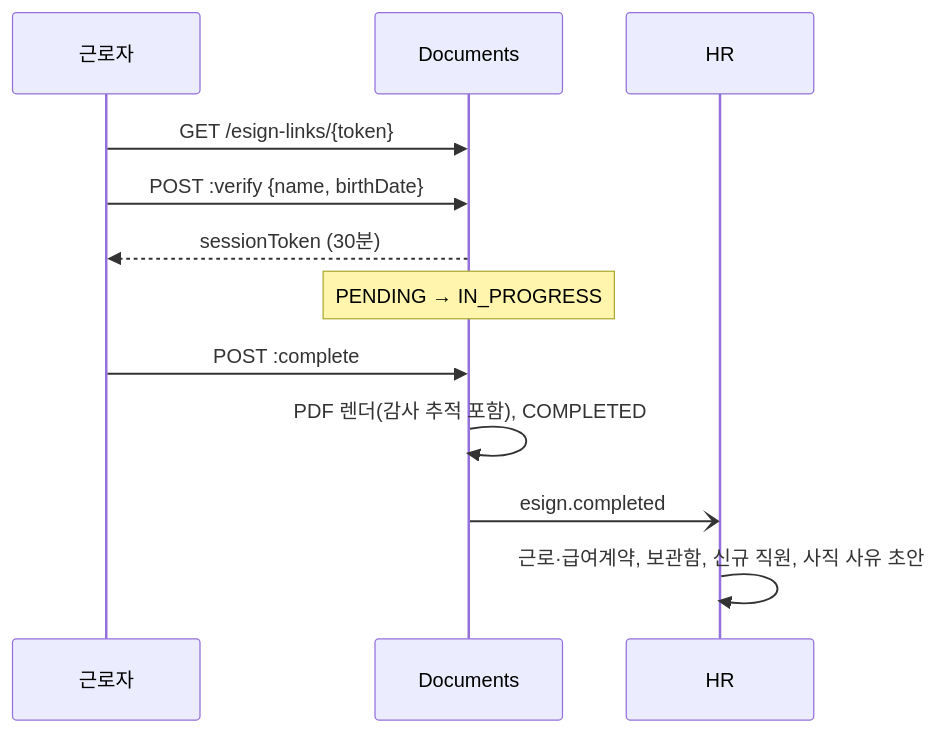
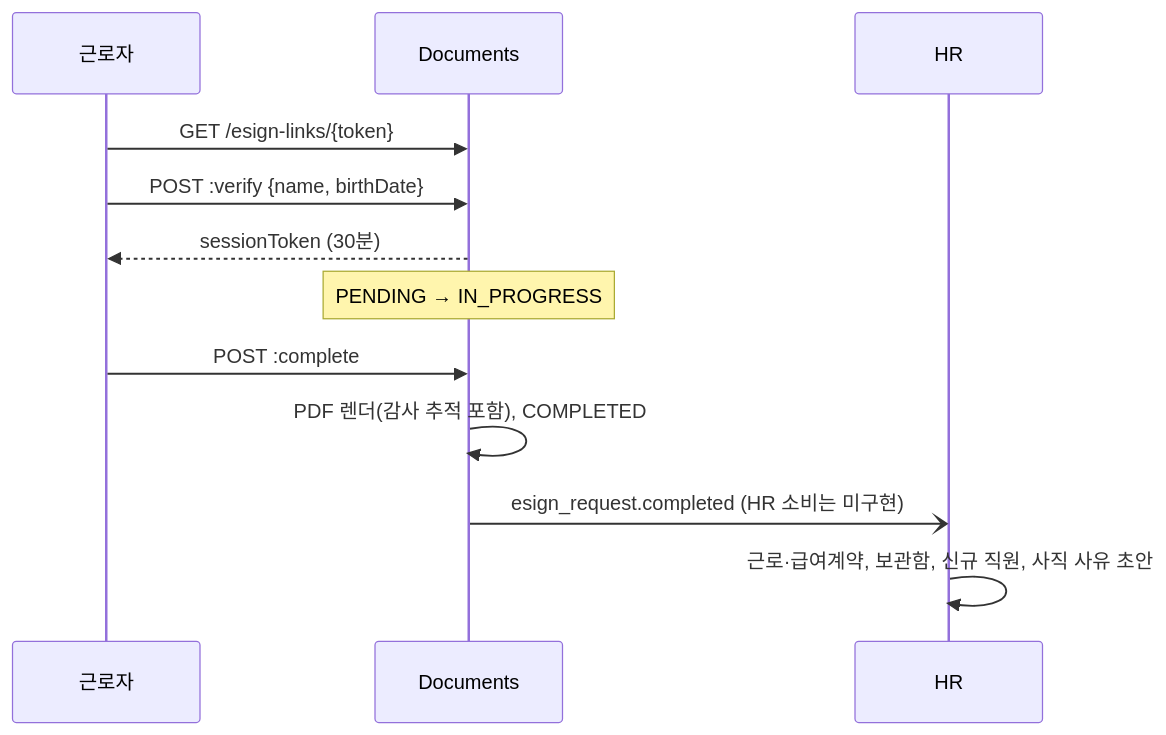
One commit to cbcruk/semu changed the second of 3 diagrams in docs/design/documents.md. Above: the diagram before and after it, drawn with Mermaid. The commit also changed other lines of this file and 7 other files, not shown here.

````diff
--- a/docs/design/documents.md
+++ b/docs/design/documents.md
@@ -139,14 +139,14 @@
 ```mermaid
 sequenceDiagram
   participant W as 근로자
   participant D as Documents
   participant H as HR
   W->>D: GET /esign-links/{token}
   W->>D: POST :verify {name, birthDate}
   D-->>W: sessionToken (30분)
   Note over D: PENDING → IN_PROGRESS
   W->>D: POST :complete
   D->>D: PDF 렌더(감사 추적 포함), COMPLETED
-  D-)H: esign.completed
+  D-)H: esign_request.completed (HR 소비는 미구현)
   H->>H: 근로·급여계약, 보관함, 신규 직원, 사직 사유 초안
 ```
````
